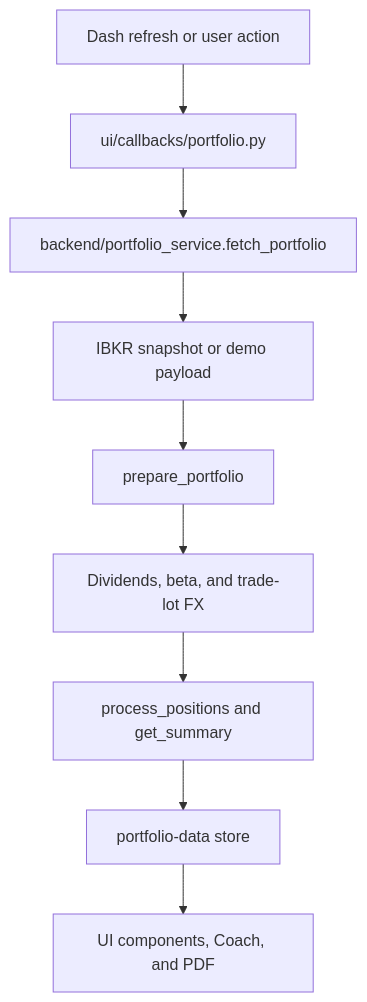
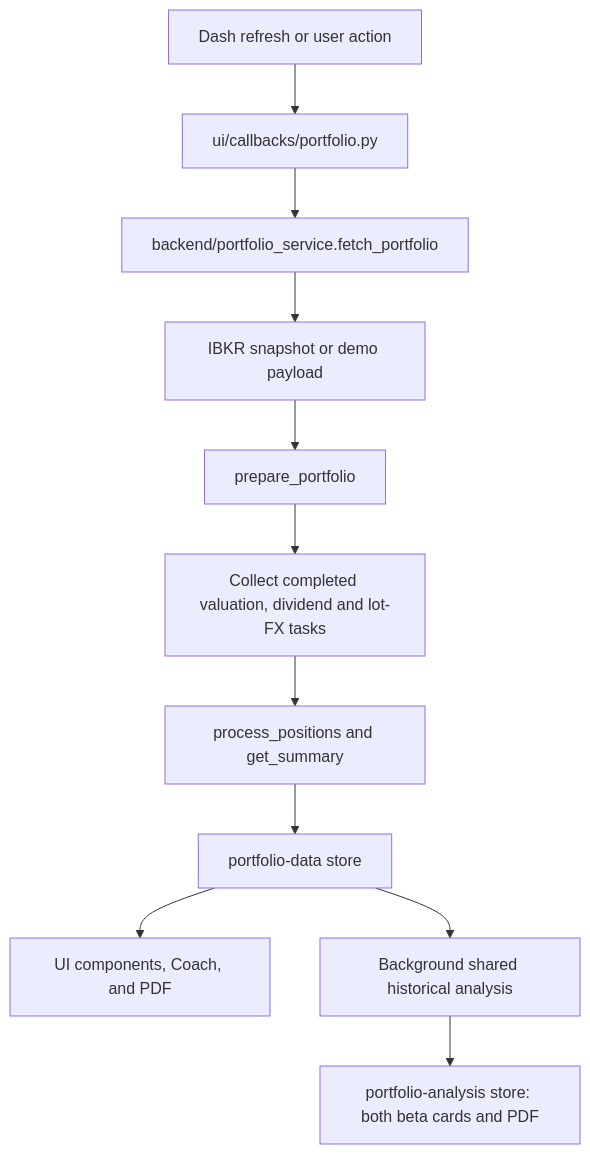
One commit to Finance-Club-UniPi/IBKR-Web-Portfolio-Dashboard changed the diagram in docs/ARCHITECTURE.md. Above: the diagram before and after it, drawn with Mermaid. The commit also changed other lines of this file and 3 other files, not shown here.

````diff
--- a/docs/ARCHITECTURE.md
+++ b/docs/ARCHITECTURE.md
@@ -85,11 +90,13 @@
 ```mermaid
 flowchart TD
     A[Dash refresh or user action] --> B[ui/callbacks/portfolio.py]
     B --> C[backend/portfolio_service.fetch_portfolio]
     C --> D[IBKR snapshot or demo payload]
     D --> E[prepare_portfolio]
-    E --> F[Dividends, beta, and trade-lot FX]
+    E --> F[Collect completed valuation, dividend and lot-FX tasks]
     F --> G[process_positions and get_summary]
     G --> H[portfolio-data store]
     H --> I[UI components, Coach, and PDF]
+    H --> J[Background shared historical analysis]
+    J --> K[portfolio-analysis store: both beta cards and PDF]
 ```
````
